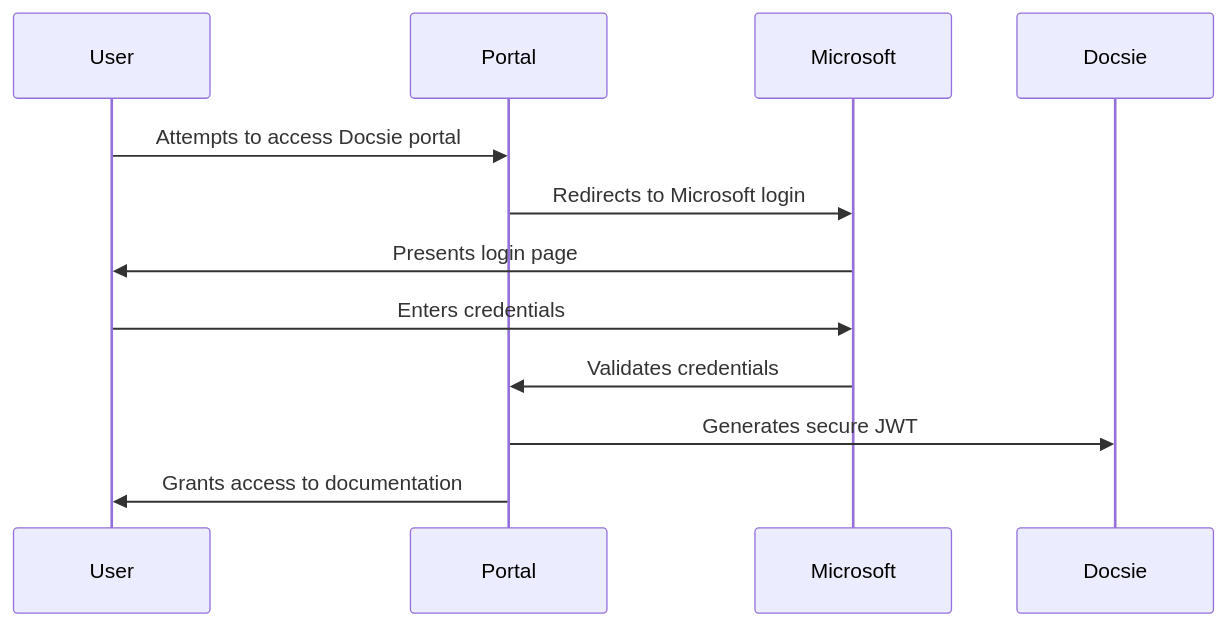
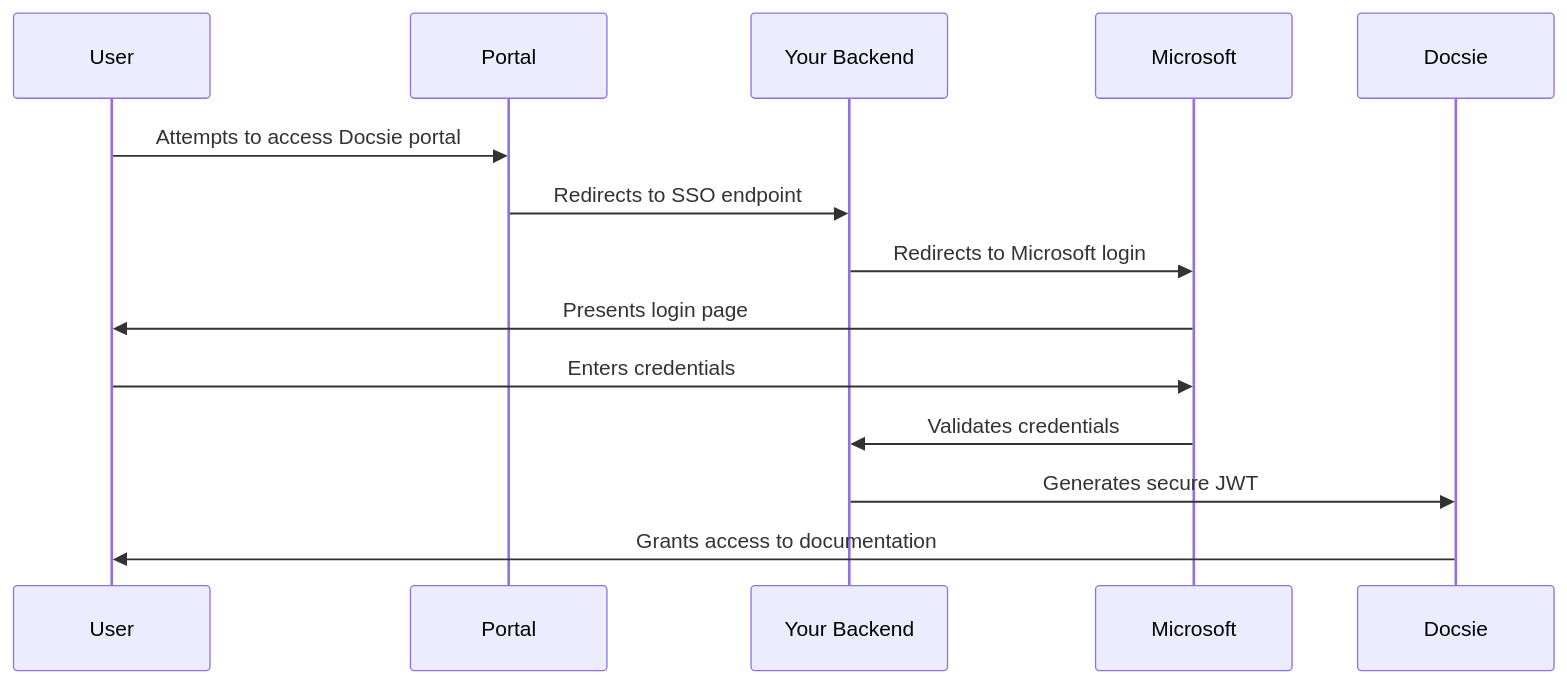
Before and after one commit to LikaloLLC/secure-deployment-portal: the diagram in docsie-ms-auth.md, drawn with Mermaid.

Commit message:
improved sequence diagram

````diff
--- a/docsie-ms-auth.md
+++ b/docsie-ms-auth.md
@@ -14,10 +14,11 @@
 ```mermaid
 sequenceDiagram
     User->>Portal: Attempts to access Docsie portal
-    Portal->>Microsoft: Redirects to Microsoft login
+    Portal->>Your Backend: Redirects to SSO endpoint
+    Your Backend->>Microsoft: Redirects to Microsoft login
     Microsoft->>User: Presents login page
     User->>Microsoft: Enters credentials
-    Microsoft->>Portal: Validates credentials
-    Portal->>Docsie: Generates secure JWT
-    Portal->>User: Grants access to documentation
+    Microsoft->>Your Backend: Validates credentials
+    Your Backend->>Docsie: Generates secure JWT
+    Docsie->>User: Grants access to documentation
 ```
````
